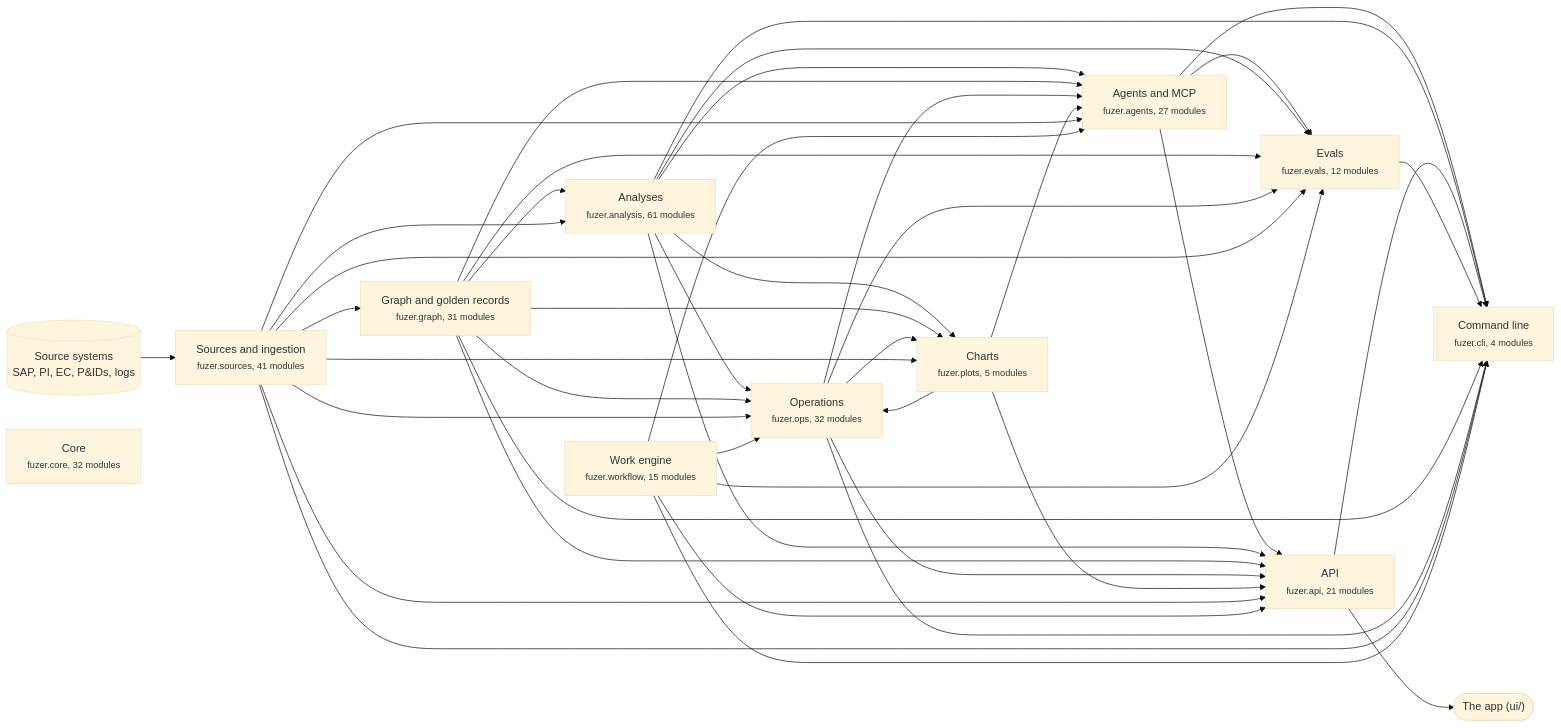
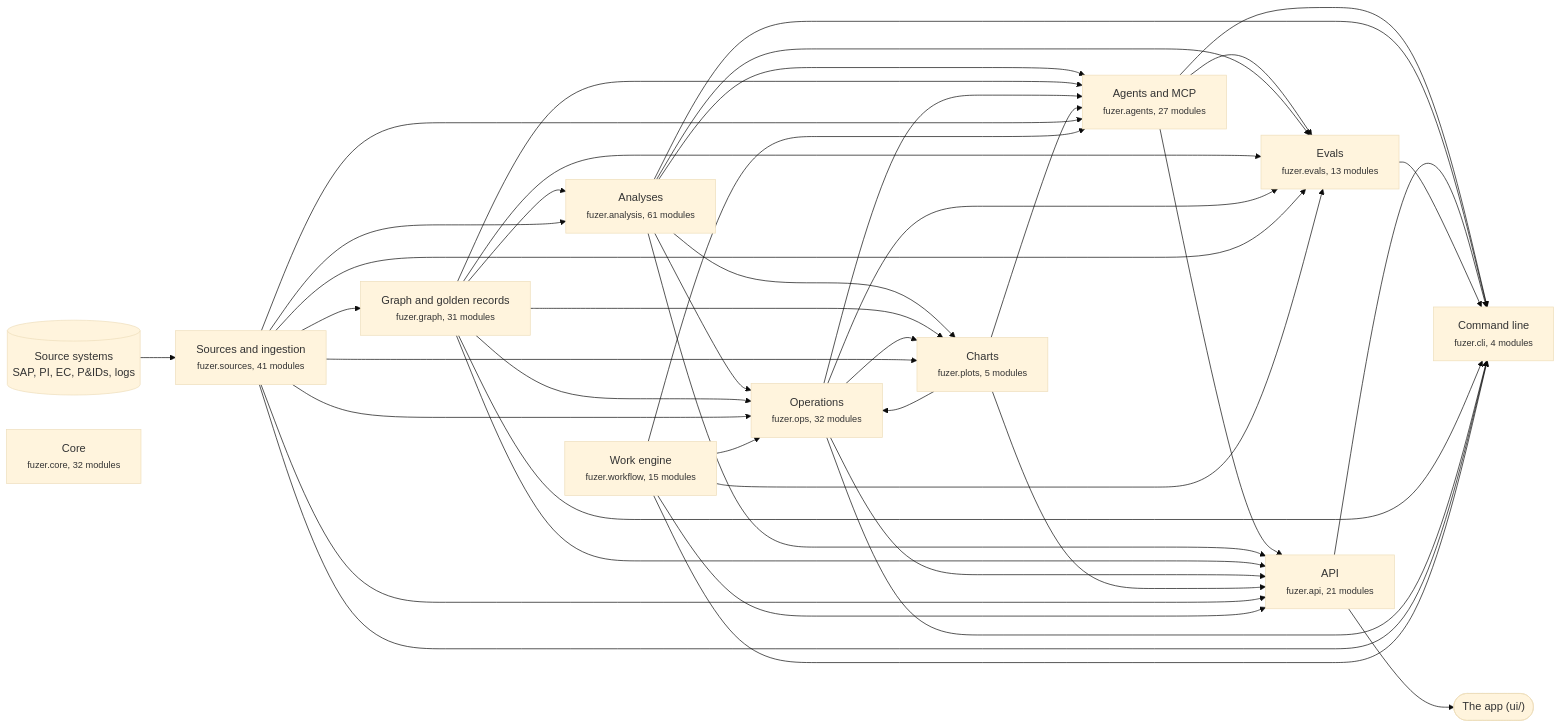
One commit to areed145/fuzer changed the first of 3 diagrams in docs/architecture.md. Above: the diagram before and after it, drawn with Mermaid (base theme). The commit also changed other lines of this file and 8 other files, not shown here.

````diff
--- a/docs/architecture.md
+++ b/docs/architecture.md
@@ -8,67 +8,67 @@
 ```mermaid
 flowchart LR
   systems[("Source systems<br>SAP, PI, EC, P&IDs, logs")] --> c_sources
   app(["The app (ui/)"])
   c_api --> app
   c_sources["Sources and ingestion<br><small>fuzer.sources, 41 modules</small>"]
   c_graph["Graph and golden records<br><small>fuzer.graph, 31 modules</small>"]
   c_analysis["Analyses<br><small>fuzer.analysis, 61 modules</small>"]
   c_ops["Operations<br><small>fuzer.ops, 32 modules</small>"]
   c_plots["Charts<br><small>fuzer.plots, 5 modules</small>"]
   c_workflow["Work engine<br><small>fuzer.workflow, 15 modules</small>"]
   c_agents["Agents and MCP<br><small>fuzer.agents, 27 modules</small>"]
-  c_evals["Evals<br><small>fuzer.evals, 12 modules</small>"]
+  c_evals["Evals<br><small>fuzer.evals, 13 modules</small>"]
   c_api["API<br><small>fuzer.api, 21 modules</small>"]
   c_cli["Command line<br><small>fuzer.cli, 4 modules</small>"]
   c_core["Core<br><small>fuzer.core, 32 modules</small>"]
   c_sources --> c_graph
   c_graph --> c_analysis
   c_sources --> c_analysis
   c_analysis --> c_ops
   c_graph --> c_ops
   c_plots --> c_ops
   c_sources --> c_ops
   c_workflow --> c_ops
   c_analysis --> c_plots
   c_graph --> c_plots
   c_ops --> c_plots
   c_sources --> c_plots
   c_analysis --> c_agents
   c_graph --> c_agents
   c_ops --> c_agents
   c_plots --> c_agents
   c_sources --> c_agents
   c_workflow --> c_agents
   c_agents --> c_evals
   c_analysis --> c_evals
   c_graph --> c_evals
   c_ops --> c_evals
   c_sources --> c_evals
   c_workflow --> c_evals
   c_agents --> c_api
   c_analysis --> c_api
   c_graph --> c_api
   c_ops --> c_api
   c_plots --> c_api
   c_sources --> c_api
   c_workflow --> c_api
   c_agents --> c_cli
   c_analysis --> c_cli
   c_api --> c_cli
   c_evals --> c_cli
   c_graph --> c_cli
   c_ops --> c_cli
   c_sources --> c_cli
   c_workflow --> c_cli
   click c_sources "https://github.com/areed145/fuzer/tree/main/src/fuzer/sources"
   click c_graph "https://github.com/areed145/fuzer/tree/main/src/fuzer/graph"
   click c_analysis "https://github.com/areed145/fuzer/tree/main/src/fuzer/analysis"
   click c_ops "https://github.com/areed145/fuzer/tree/main/src/fuzer/ops"
   click c_plots "https://github.com/areed145/fuzer/tree/main/src/fuzer/plots"
   click c_workflow "https://github.com/areed145/fuzer/tree/main/src/fuzer/workflow"
   click c_agents "https://github.com/areed145/fuzer/tree/main/src/fuzer/agents"
   click c_evals "https://github.com/areed145/fuzer/tree/main/src/fuzer/evals"
   click c_api "https://github.com/areed145/fuzer/tree/main/src/fuzer/api"
   click c_cli "https://github.com/areed145/fuzer/tree/main/src/fuzer/cli"
   click c_core "https://github.com/areed145/fuzer/tree/main/src/fuzer/core"
 ```
````
